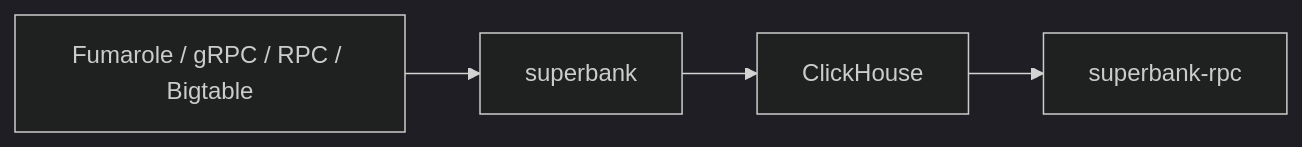
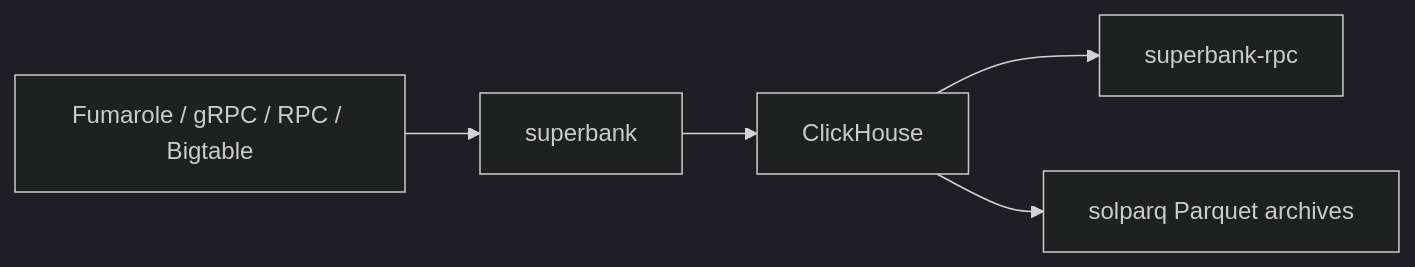
The diagram in README.md (solana-rpc/superbank), drawn with Mermaid (dark theme) before and after one commit. The commit also changed other lines of this file and 19 other files, not shown here.

````diff
--- a/README.md
+++ b/README.md
@@ -35,6 +36,7 @@
 ```mermaid
 flowchart LR
   Source[Fumarole / gRPC / RPC / Bigtable] --> Ingest[superbank]
   Ingest --> CH[ClickHouse]
   CH --> RPC[superbank-rpc]
+  CH --> Archive[solparq Parquet archives]
 ```
````
